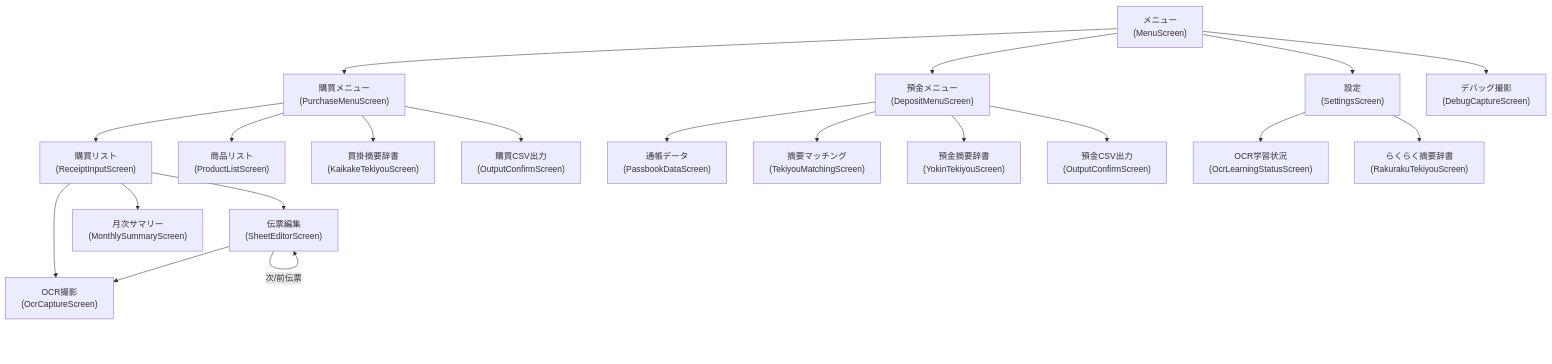
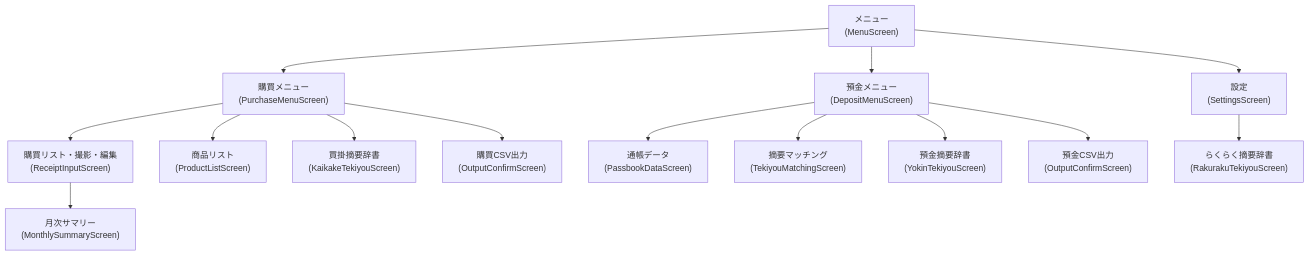
The first of 2 diagrams in docs/functional-design.md (toshi859sti/ReceiptOCR), drawn with Mermaid before and after one commit. The commit also changed other lines of this file and 34 other files, not shown here.

First line of the commit message:
Phase6: remove ML Kit-era JA sheet OCR screens now unreachable from prod UI

````diff
--- a/docs/functional-design.md
+++ b/docs/functional-design.md
@@ -5,45 +5,35 @@
 ```mermaid
 flowchart TD
     Menu["メニュー\n(MenuScreen)"]
     PurchaseMenu["購買メニュー\n(PurchaseMenuScreen)"]
     DepositMenu["預金メニュー\n(DepositMenuScreen)"]
-    OcrCapture["OCR撮影\n(OcrCaptureScreen)"]
-    ReceiptInput["購買リスト\n(ReceiptInputScreen)"]
-    SheetEditor["伝票編集\n(SheetEditorScreen)"]
+    ReceiptInput["購買リスト・撮影・編集\n(ReceiptInputScreen)"]
     MonthlySummary["月次サマリー\n(MonthlySummaryScreen)"]
     ProductList["商品リスト\n(ProductListScreen)"]
     KaikakeTekiyou["買掛摘要辞書\n(KaikakeTekiyouScreen)"]
     PurchaseOutputConfirm["購買CSV出力\n(OutputConfirmScreen)"]
     PassbookData["通帳データ\n(PassbookDataScreen)"]
     TekiyouMatching["摘要マッチング\n(TekiyouMatchingScreen)"]
     YokinTekiyou["預金摘要辞書\n(YokinTekiyouScreen)"]
     DepositOutputConfirm["預金CSV出力\n(OutputConfirmScreen)"]
     Settings["設定\n(SettingsScreen)"]
-    OcrLearning["OCR学習状況\n(OcrLearningStatusScreen)"]
     RakurakuTekiyou["らくらく摘要辞書\n(RakurakuTekiyouScreen)"]
-    DebugCapture["デバッグ撮影\n(DebugCaptureScreen)"]
 
     Menu --> PurchaseMenu
     Menu --> DepositMenu
     Menu --> Settings
-    Menu --> DebugCapture
 
     PurchaseMenu --> ReceiptInput
     PurchaseMenu --> ProductList
     PurchaseMenu --> KaikakeTekiyou
     PurchaseMenu --> PurchaseOutputConfirm
 
-    ReceiptInput --> OcrCapture
-    ReceiptInput --> SheetEditor
     ReceiptInput --> MonthlySummary
-    SheetEditor --> OcrCapture
-    SheetEditor -->|次/前伝票| SheetEditor
 
     DepositMenu --> PassbookData
     DepositMenu --> TekiyouMatching
     DepositMenu --> YokinTekiyou
     DepositMenu --> DepositOutputConfirm
 
-    Settings --> OcrLearning
     Settings --> RakurakuTekiyou
 ```
````
